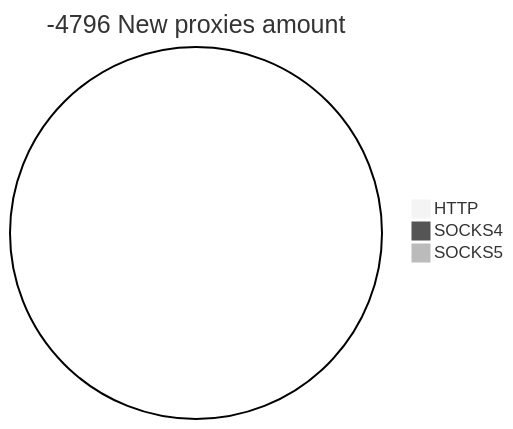
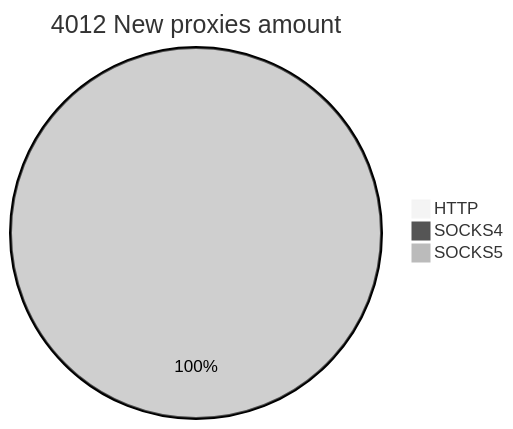
Before and after one commit to cutipu/proxylist: the second of 2 diagrams in README.md, drawn with Mermaid (neutral theme). The commit also changed other lines of this file, not shown here.

````diff
--- a/README.md
+++ b/README.md
@@ -10,6 +10,6 @@
 ```mermaid
-pie title -4796 New proxies amount
-    "HTTP" : 0
+pie title 4012 New proxies amount
+    "HTTP" : 1
     "SOCKS4" : 0
-    "SOCKS5" : 0
+    "SOCKS5" : 4011
 ```
````
